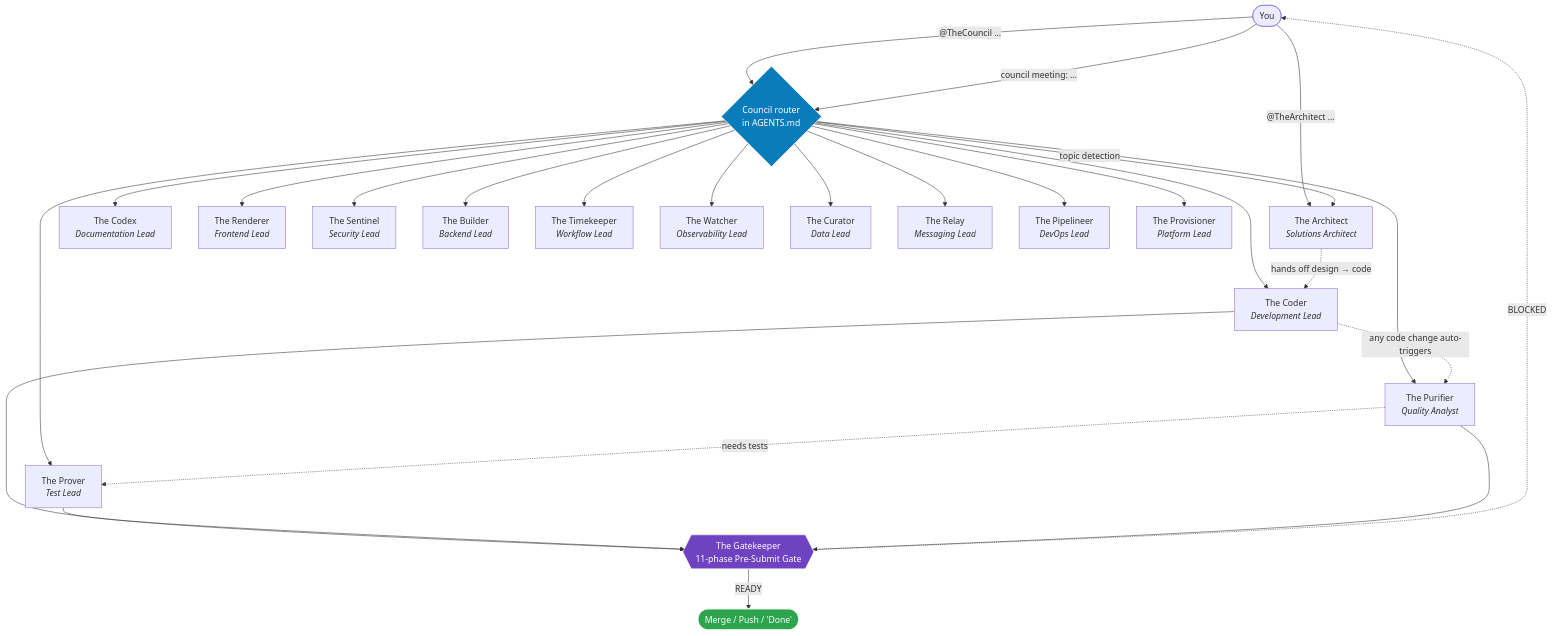
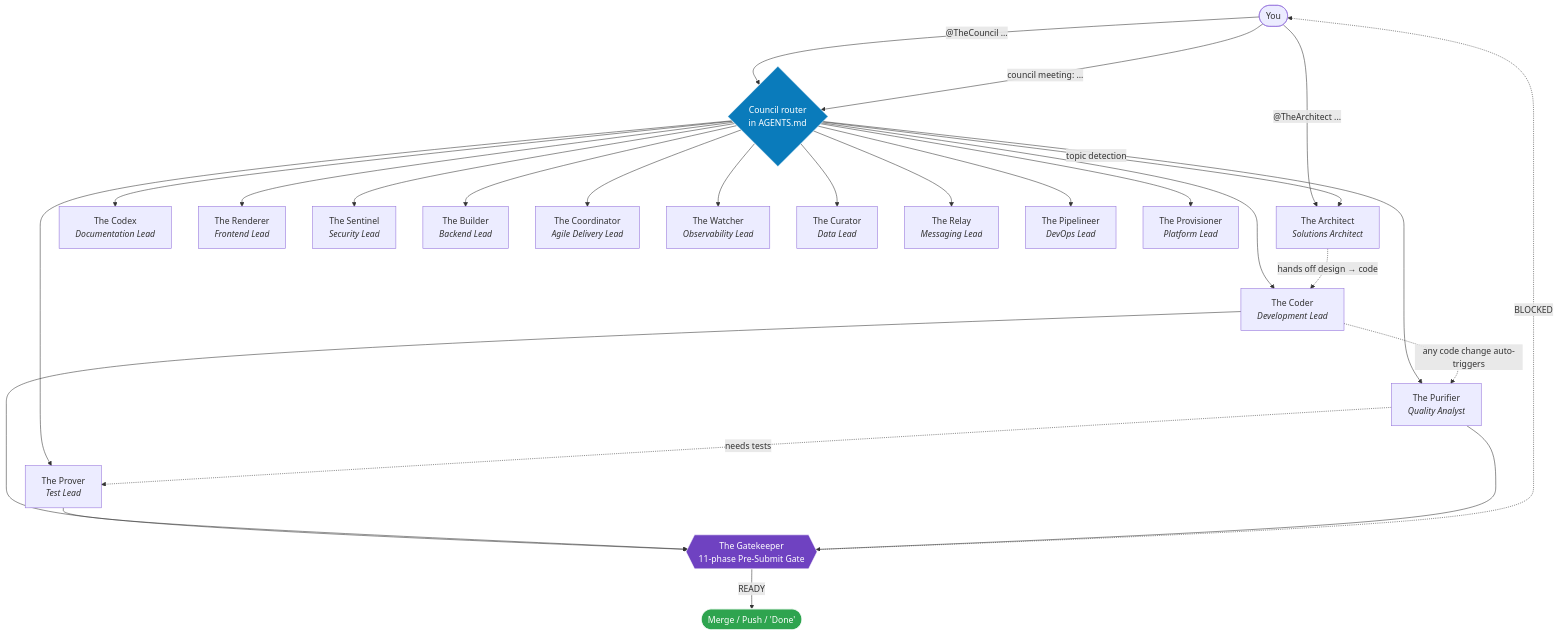
One commit to underwms/council-of-mikes changed the diagram in README.md. Above: the diagram before and after it, drawn with Mermaid. The commit also changed other lines of this file and 102 other files, not shown here.

````diff
--- a/README.md
+++ b/README.md
@@ -72,34 +72,34 @@
 ```mermaid
 flowchart TD
     U([You]) -->|"@TheCouncil ..."| R{Council router<br/>in AGENTS.md}
     U -->|"@TheArchitect ..."| A
     U -->|"council meeting: ..."| R
     R -->|topic detection| A[The Architect<br/><i>Solutions Architect</i>]
     R --> CR[The Coder<br/><i>Development Lead</i>]
     R --> CX[The Codex<br/><i>Documentation Lead</i>]
     R --> P[The Purifier<br/><i>Quality Analyst</i>]
     R --> RN[The Renderer<br/><i>Frontend Lead</i>]
     R --> S[The Sentinel<br/><i>Security Lead</i>]
     R --> B[The Builder<br/><i>Backend Lead</i>]
-    R --> T[The Timekeeper<br/><i>Workflow Lead</i>]
+    R --> CO[The Coordinator<br/><i>Agile Delivery Lead</i>]
     R --> W[The Watcher<br/><i>Observability Lead</i>]
     R --> CU[The Curator<br/><i>Data Lead</i>]
     R --> RL[The Relay<br/><i>Messaging Lead</i>]
     R --> PR[The Prover<br/><i>Test Lead</i>]
     R --> PL[The Pipelineer<br/><i>DevOps Lead</i>]
     R --> PV[The Provisioner<br/><i>Platform Lead</i>]
 
     A -.->|"hands off design → code"| CR
     CR -.->|"any code change auto-triggers"| P
     P -.->|"needs tests"| PR
 
     CR --> G{{The Gatekeeper<br/>11-phase Pre-Submit Gate}}
     PR --> G
     P --> G
     G -->|"READY"| SHIP([Merge / Push / 'Done'])
     G -.->|"BLOCKED"| U
 
     style G fill:#6f42c1,stroke:#fff,color:#fff
     style SHIP fill:#2ea44f,stroke:#fff,color:#fff
     style R fill:#0a7bbb,stroke:#fff,color:#fff
 ```
````
